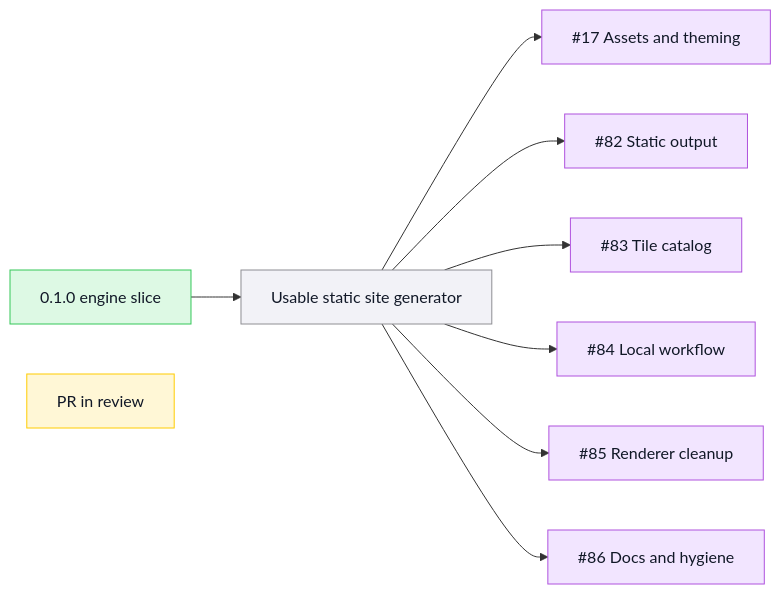
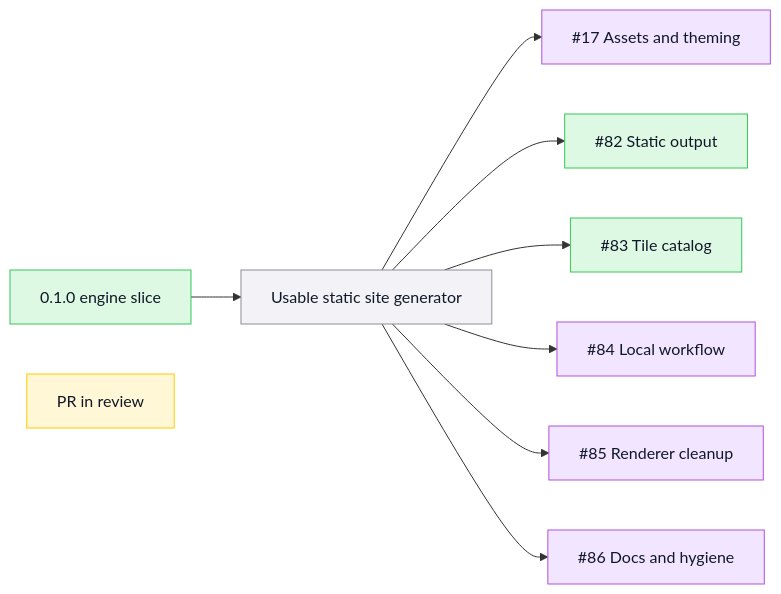
One commit to TileDown/tile-down changed the third of 9 diagrams in README.md. Above: the diagram before and after it, drawn with Mermaid.

Commit message:
docs(readme): mark completed epics done

````diff
--- a/README.md
+++ b/README.md
@@ -86,17 +86,17 @@
 ```mermaid
 flowchart LR
   Engine["0.1.0 engine slice"]:::done --> Site["Usable static site generator"]:::todo
   Site --> Assets["#17 Assets and theming"]:::epic
-  Site --> Output["#82 Static output"]:::epic
-  Site --> Tiles["#83 Tile catalog"]:::epic
+  Site --> Output["#82 Static output"]:::done
+  Site --> Tiles["#83 Tile catalog"]:::done
   Site --> Workflow["#84 Local workflow"]:::epic
   Site --> Renderer["#85 Renderer cleanup"]:::epic
   Site --> Docs["#86 Docs and hygiene"]:::epic
 
   Review["PR in review"]:::review
 
   classDef done fill:#ddf9e4,stroke:#34c759,color:#111827
   classDef review fill:#fff7d6,stroke:#ffcc00,color:#111827
   classDef epic fill:#f2e5ff,stroke:#af52de,color:#111827
   classDef todo fill:#f2f2f7,stroke:#8e8e93,color:#111827
 ```
````
